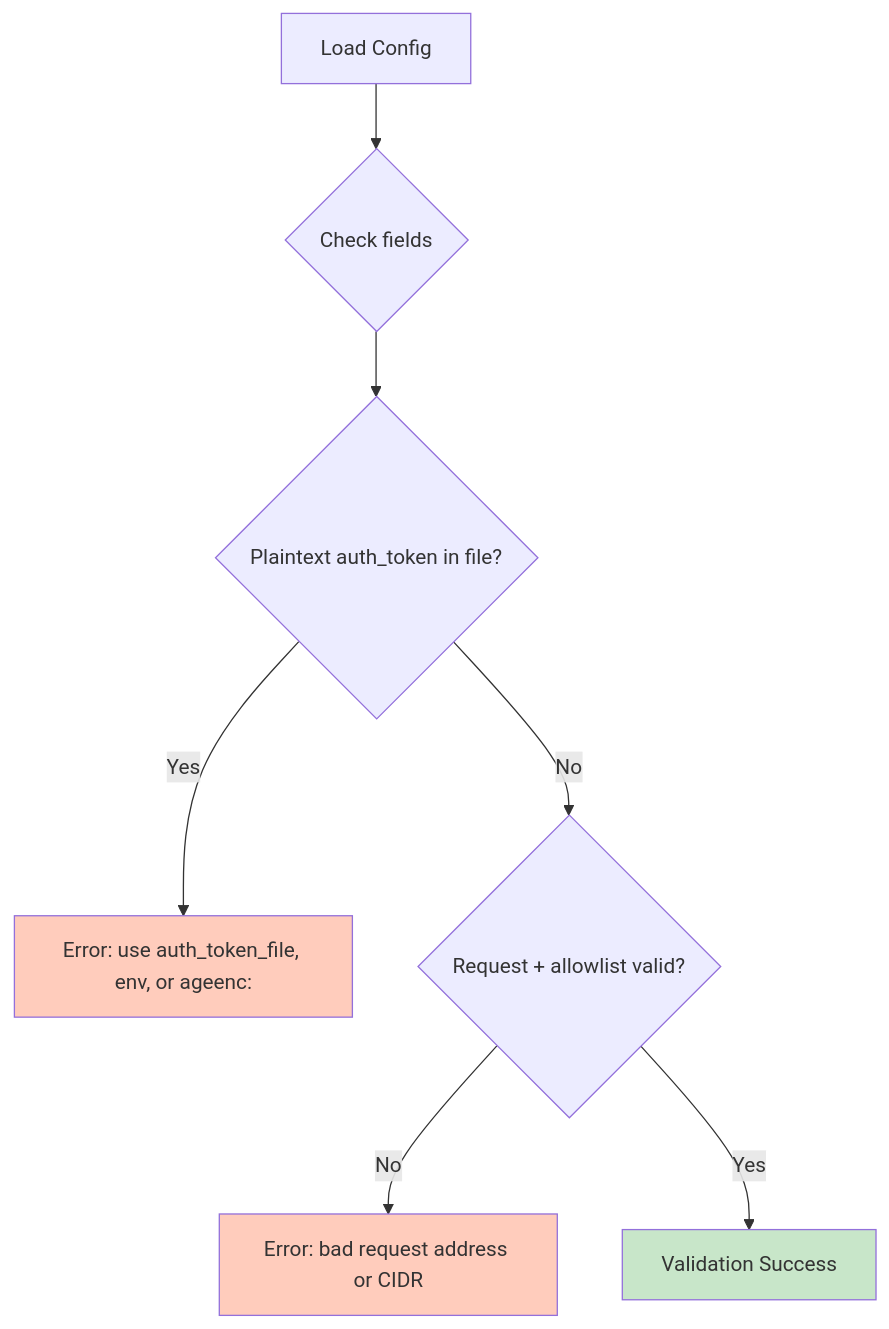
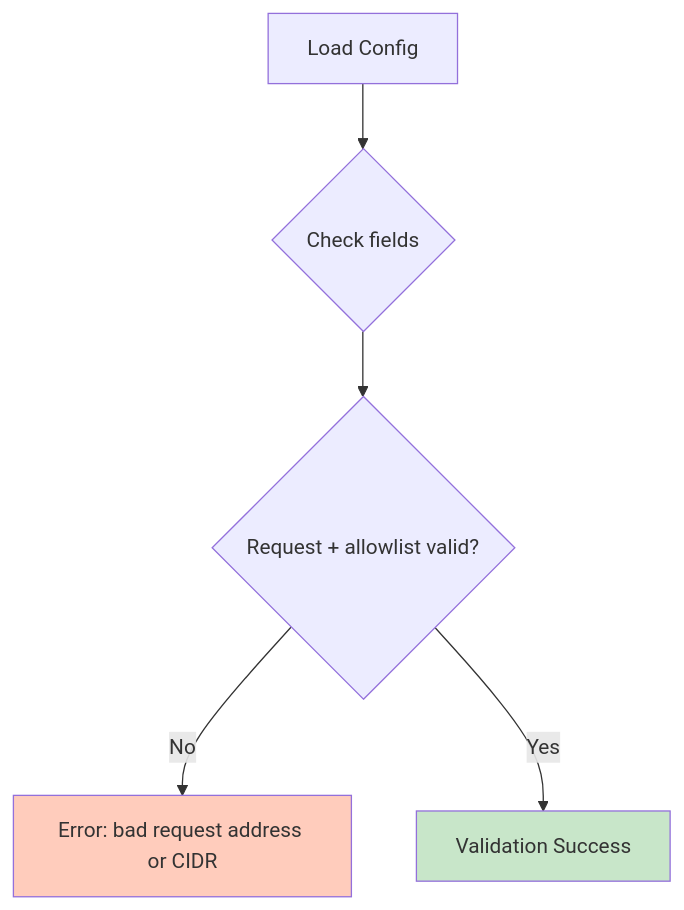
One commit to andrewtheguy/duopipe changed diagram 14 of 24 in docs/ARCHITECTURE.md. Above: the diagram before and after it, drawn with Mermaid. The commit also changed other lines of this file and 6 other files, not shown here.

````diff
--- a/docs/ARCHITECTURE.md
+++ b/docs/ARCHITECTURE.md
@@ -523,15 +511,12 @@
 ```mermaid
 graph TB
     A[Load Config] --> F{Check fields}
 
-    F --> G{Plaintext auth_token in file?}
-    G -->|Yes| H[Error: use auth_token_file, env, or ageenc:]
-    G -->|No| I{Request + allowlist valid?}
+    F --> I{Request + allowlist valid?}
 
     I -->|No| J[Error: bad request address or CIDR]
     I -->|Yes| K[Validation Success]
 
-    style H fill:#FFCCBC
     style J fill:#FFCCBC
     style K fill:#C8E6C9
 ```
````
